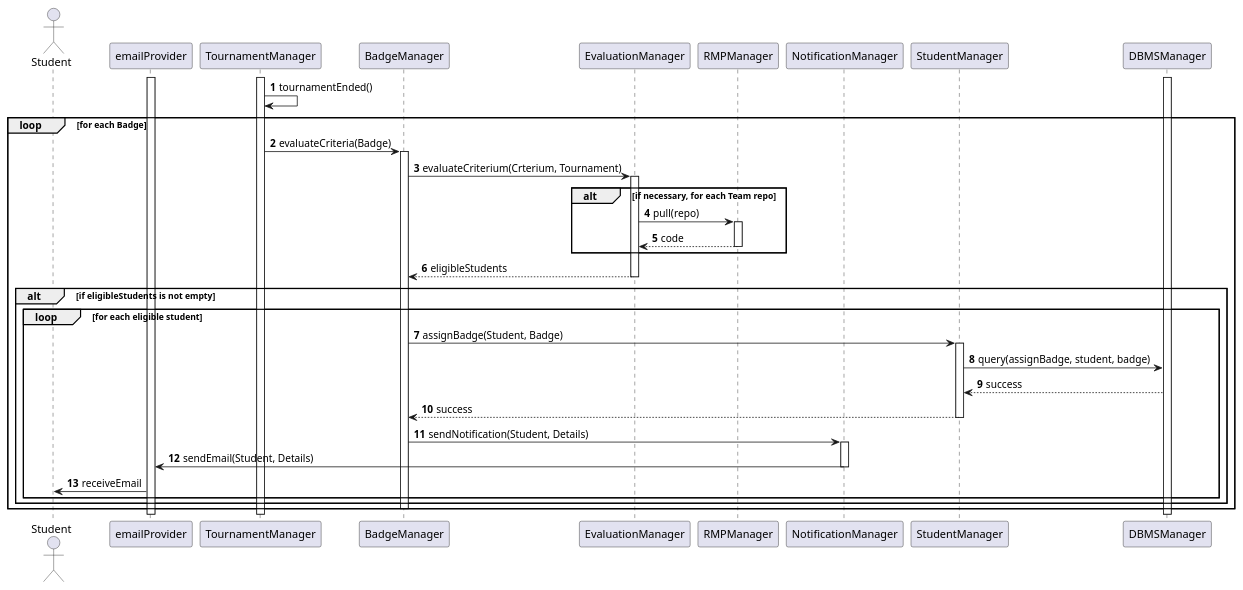
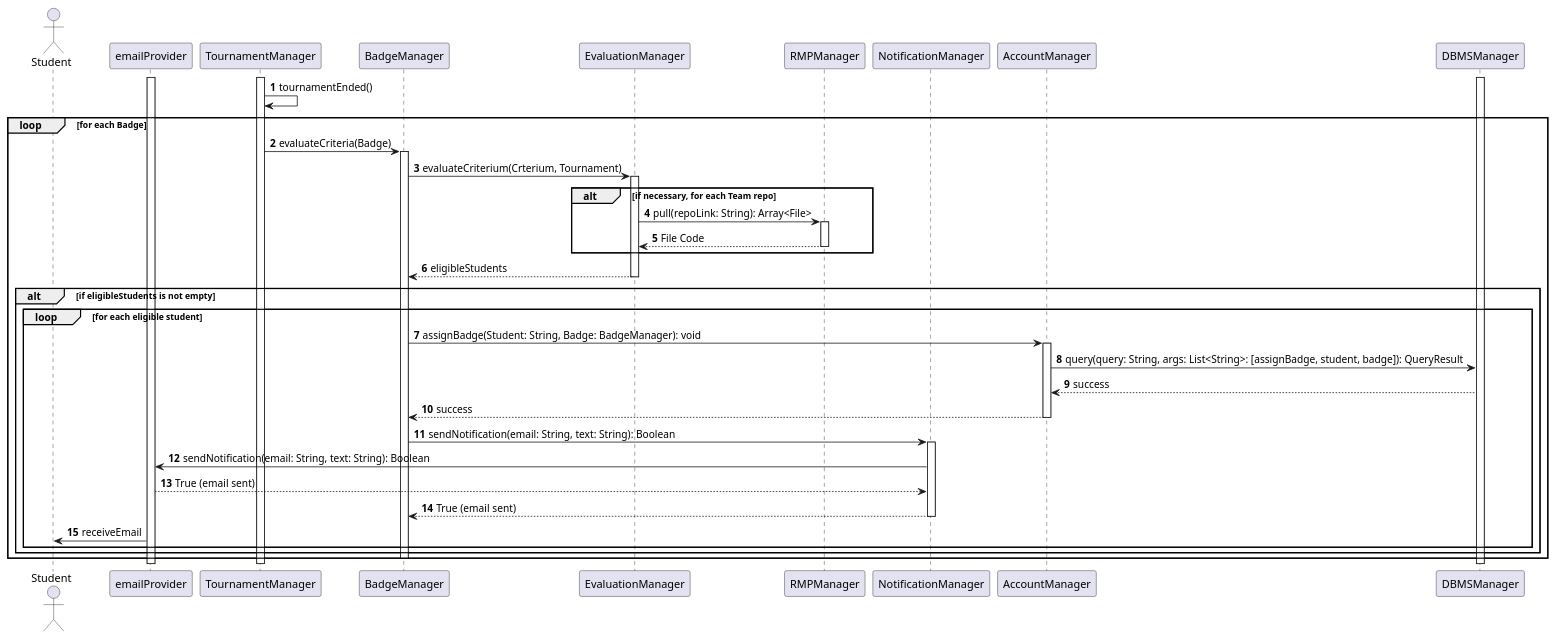
The diagram in _DD/Images/sequenceDiagrams/assignABadge.wsd (Angelo7672/SE2_Requirement-and-Design-Document), drawn with PlantUML before and after one commit. The commit also changed 13 other files, not shown here.

Commit message:
last 6 SD correction (DD document order), architecturalDesign, iitPlanning, userInterfaceDesign corrections

```diff
--- a/_DD/Images/sequenceDiagrams/assignABadge.wsd
+++ b/_DD/Images/sequenceDiagrams/assignABadge.wsd
@@ -1,53 +1,55 @@
 @startuml
 
 autonumber
 
 actor Student as U
 participant emailProvider as EP
 participant TournamentManager as TM
 participant BadgeManager as BM
 participant EvaluationManager as EM
 participant RMPManager as RMP
 participant NotificationManager as NM
-participant StudentManager as SM
+participant AccountManager as AM
 participant DBMSManager as DB
 
 activate DB
 activate TM
 activate EP
 TM -> TM: tournamentEnded()
 loop for each Badge
     TM -> BM: evaluateCriteria(Badge)
     activate BM
     BM -> EM: evaluateCriterium(Crterium, Tournament)
     activate EM
     alt if necessary, for each Team repo
-        EM -> RMP: pull(repo)
+        EM -> RMP: pull(repoLink: String): Array<File>
         activate RMP
-        RMP --> EM: code
+        RMP --> EM: File Code
         deactivate RMP
     end
     EM --> BM: eligibleStudents
     deactivate EM
     alt if eligibleStudents is not empty
         loop for each eligible student
-            BM -> SM: assignBadge(Student, Badge)
-            activate SM
-            SM -> DB: query(assignBadge, student, badge)
-            DB --> SM: success
-            SM --> BM: success
-            deactivate SM
-            BM -> NM: sendNotification(Student, Details)
+            BM -> AM: assignBadge(Student: String, Badge: BadgeManager): void
+            activate AM
+            AM -> DB: query(query: String, args: List<String>: [assignBadge, student, badge]): QueryResult
+            DB --> AM: success
+            AM --> BM: success
+            deactivate AM
+            BM -> NM: sendNotification(email: String, text: String): Boolean
             activate NM
-            NM -> EP: sendEmail(Student, Details)
+            NM -> EP: sendNotification(email: String, text: String): Boolean
+            EP-->NM: True (email sent)
+            NM-->BM: True (email sent)
             deactivate NM
             EP -> U: receiveEmail
         end
     end
     deactivate BM
 end
 deactivate TM
 deactivate DB
 deactivate EP
 
 @enduml
```
